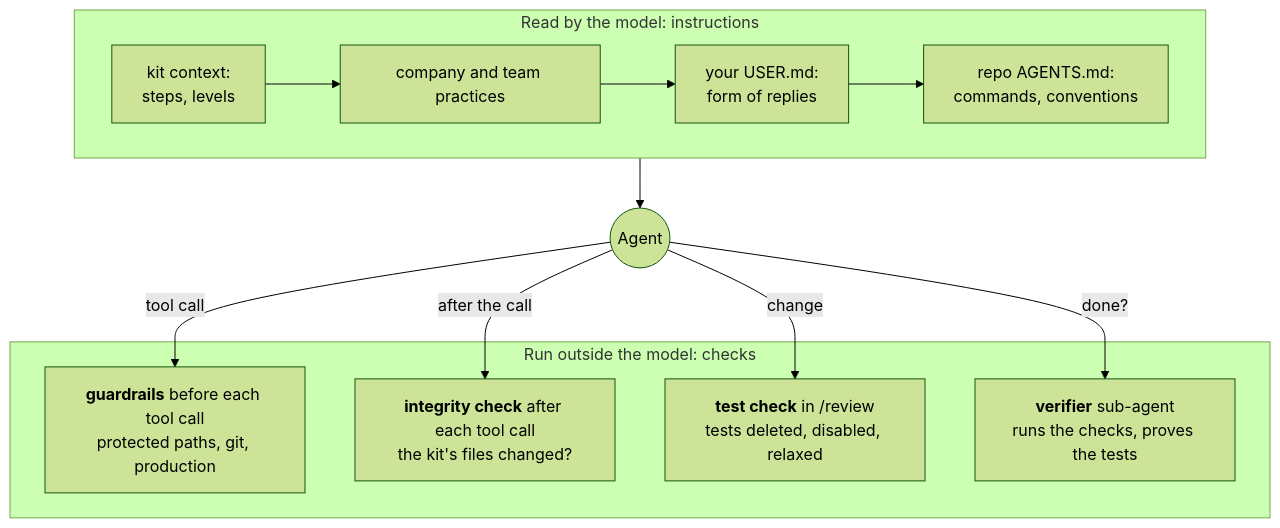
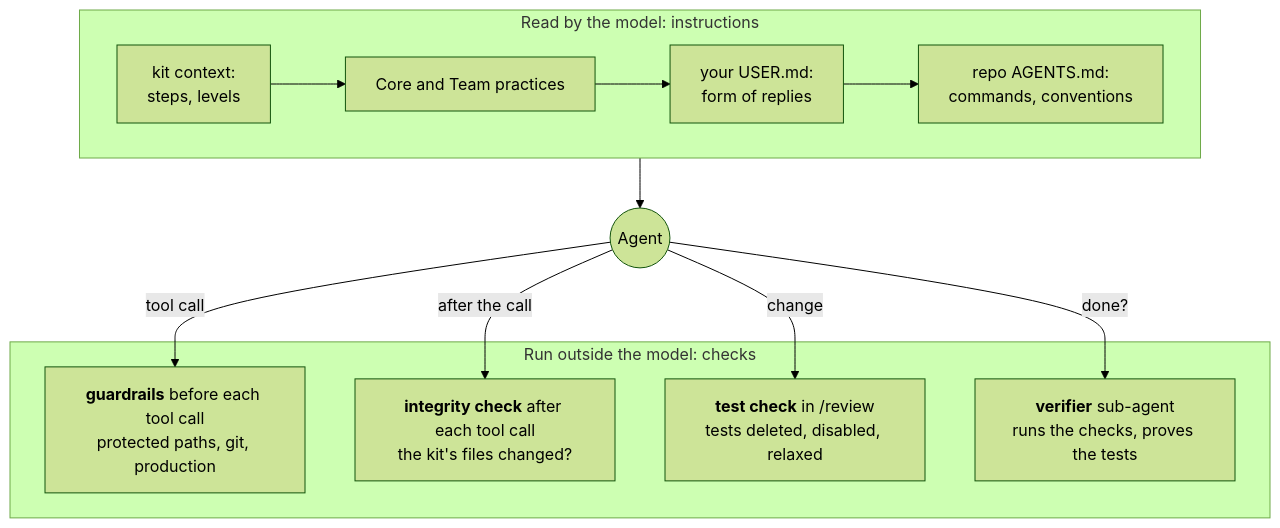
Before and after one commit to hachemsoft/ia-toolkit: the sixth of 6 diagrams in docs/sdlc-workflow.md, drawn with Mermaid (forest theme). The commit also changed 36 other files, not shown here.

````diff
--- a/docs/sdlc-workflow.md
+++ b/docs/sdlc-workflow.md
@@ -185,17 +185,17 @@
 ```mermaid
 flowchart TB
     subgraph Prompt["Read by the model: instructions"]
-        L1["kit context:<br/>steps, levels"] --> L2["company and team practices"] --> L3["your USER.md:<br/>form of replies"] --> L4["repo AGENTS.md:<br/>commands, conventions"]
+        L1["kit context:<br/>steps, levels"] --> L2["Core and Team practices"] --> L3["your USER.md:<br/>form of replies"] --> L4["repo AGENTS.md:<br/>commands, conventions"]
     end
     subgraph Outside["Run outside the model: checks"]
         G["<b>guardrails</b> before each tool call<br/>protected paths, git, production"]
         I["<b>integrity check</b> after each tool call<br/>the kit's files changed?"]
         W["<b>test check</b> in /review<br/>tests deleted, disabled, relaxed"]
         V["<b>verifier</b> sub-agent<br/>runs the checks, proves the tests"]
     end
     Prompt --> Agent(("Agent"))
     Agent -->|tool call| G
     Agent -->|after the call| I
     Agent -->|change| W
     Agent -->|"done?"| V
 ```
````
